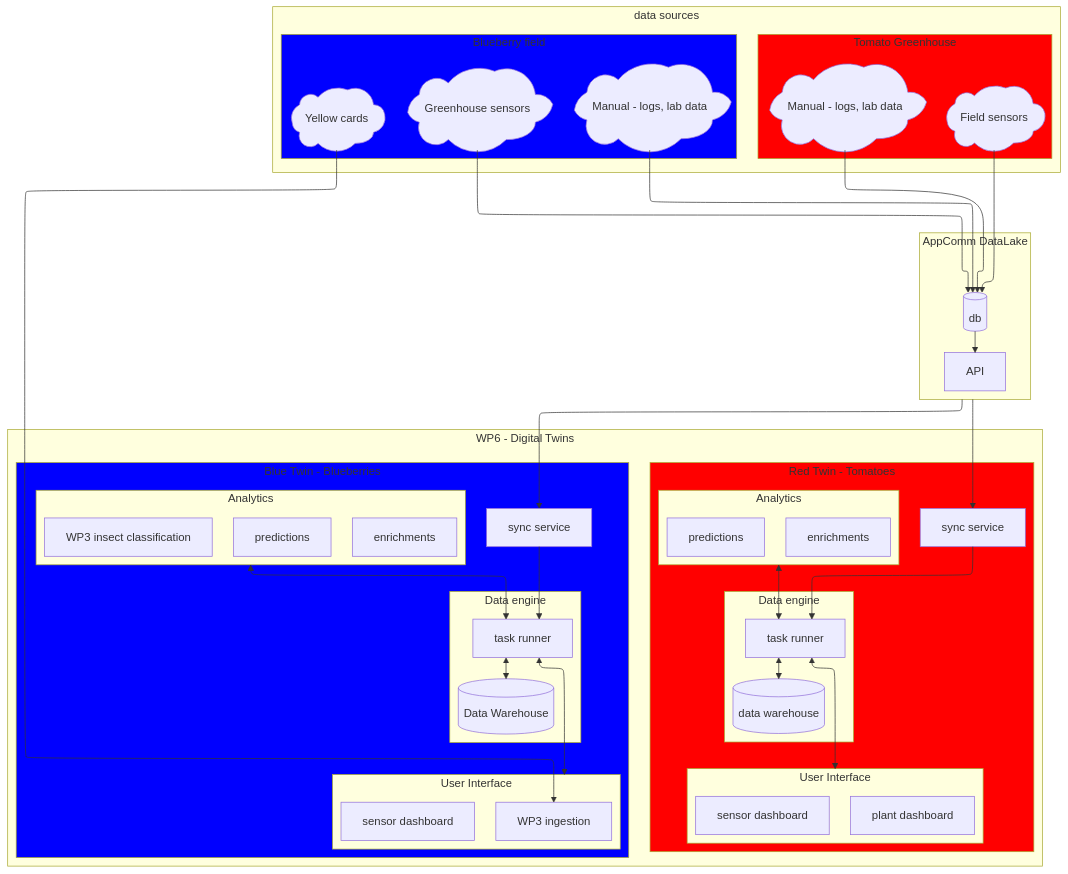
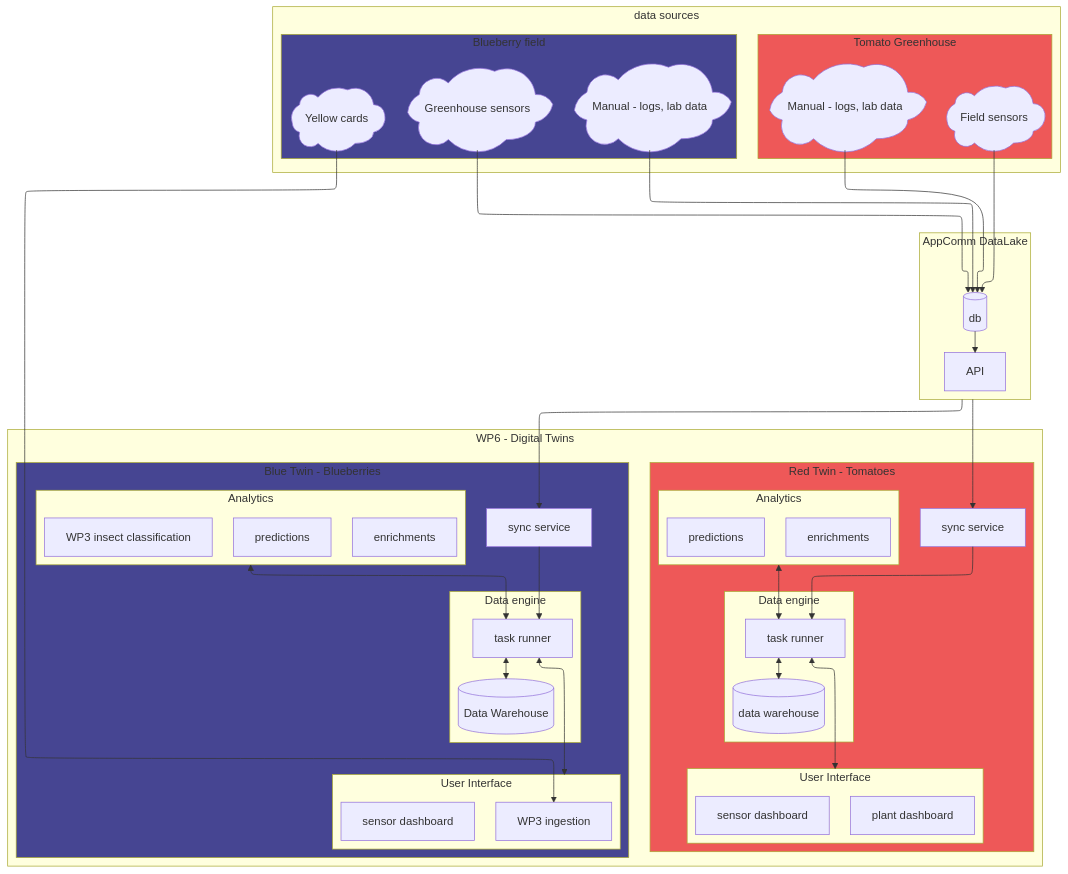
Before and after one commit to SPOHF/SPoHF-WP6-Twins: the diagram in docs/architecture/index.md, drawn with Mermaid. The commit also changed 1 other file, not shown here.

Commit message:
docs: softer colors

```diff
--- a/docs/architecture/index.md
+++ b/docs/architecture/index.md
@@ -41,15 +41,12 @@
             end
 
             r_sync ---> r_jobs
-
             r_jobs <--> r_db
-
             r_jobs <--> r_gui
-
             r_analytics <--> r_jobs
 
         end
-        style red fill:red
+        style red fill:#ee5858
 
         subgraph blue[Blue Twin - Blueberries]
             subgraph b_analytics[Analytics]
@@ -72,14 +69,11 @@
             end
 
             b_sync ---> b_jobs
-
             b_jobs <--> b_db
-
             b_jobs <--> b_gui
-
             b_analytics <--> b_jobs
         end
-        style blue fill:blue
+        style blue fill:#464592
     end
 
     subgraph appcomm[AppComm DataLake]
@@ -95,13 +89,13 @@
             b_manual[Manual - logs, lab data]@{ shape: cloud}
             b_yellow_cards[Yellow cards]@{ shape: cloud}
         end
-        style blue_source fill:blue
+        style blue_source fill:#464592
 
         subgraph red_sources[Tomato Greenhouse]
             r_sensors[Field sensors]@{ shape: cloud}
             r_manual[Manual - logs, lab data]@{ shape: cloud}
         end
-        style red_sources fill:red
+        style red_sources fill:#ee5858
     end
 
     b_sensors ---> ac_db
```
